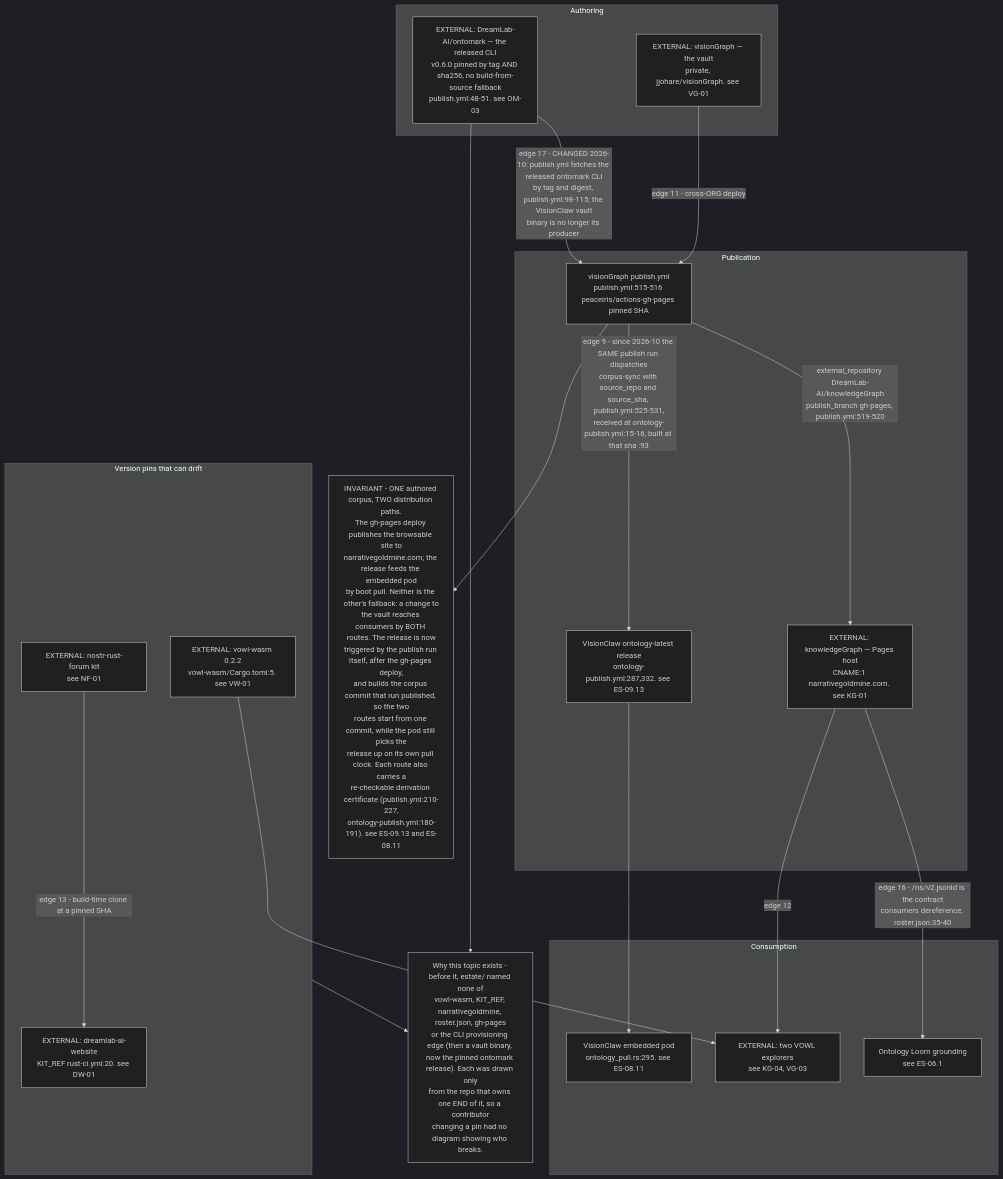
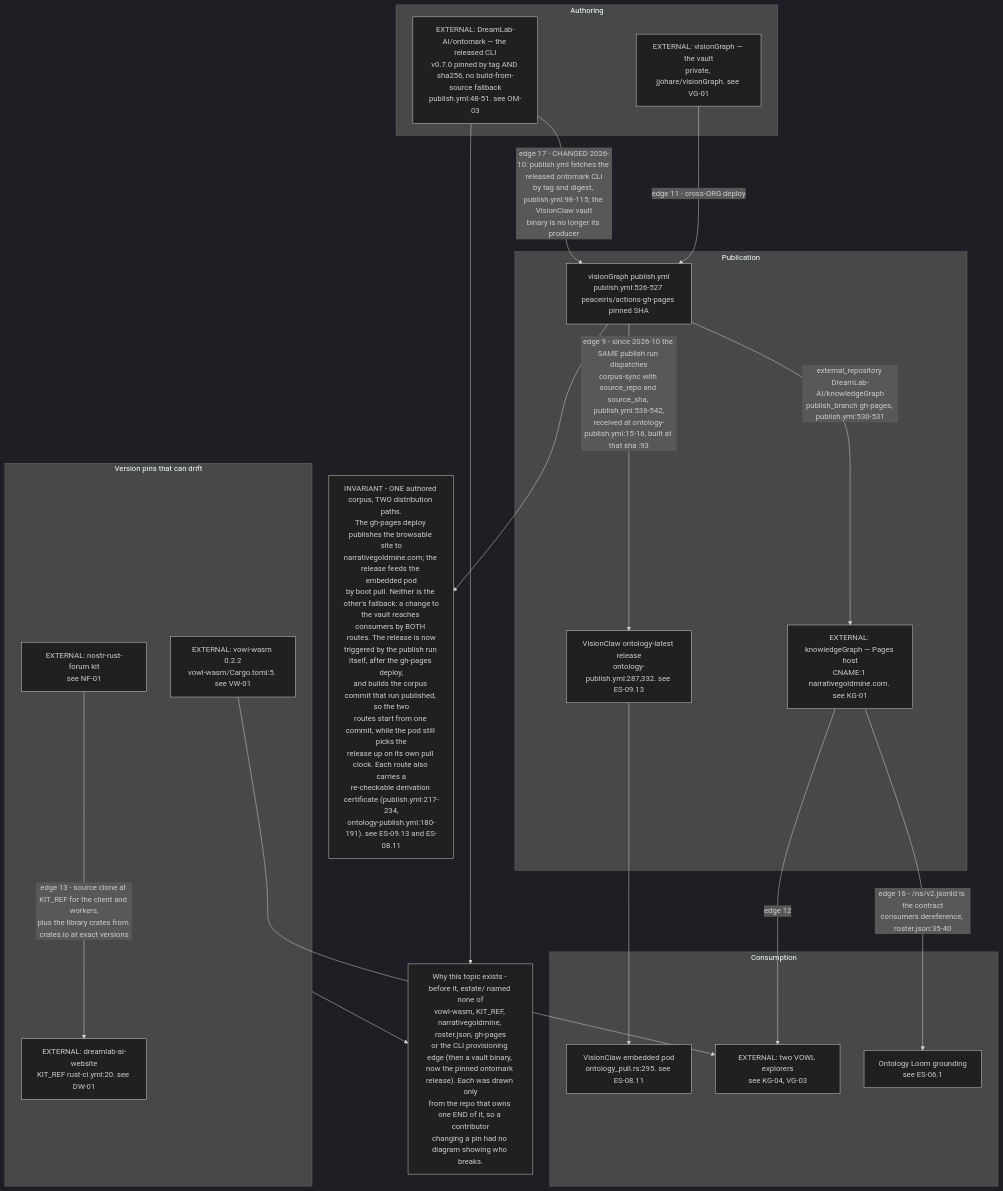
Before and after one commit to DreamLab-AI/VisionFlow: the first of 5 diagrams in docs/diagrams/estate/11-publishing-axis.md, drawn with Mermaid (dark theme). The commit also changed other lines of this file and 91 other files, not shown here.

First line of the commit message:
docs(audit): estate audit wave 2, every repository except agentbox and VisionClaw

````diff
--- a/docs/diagrams/estate/11-publishing-axis.md
+++ b/docs/diagrams/estate/11-publishing-axis.md
@@ -27,39 +29,39 @@
 ```mermaid
 flowchart TB
     subgraph AUTHOR["Authoring"]
         VG["EXTERNAL: visionGraph — the vault<br/>private, jjohare/visionGraph. see VG-01"]
-        OM["EXTERNAL: DreamLab-AI/ontomark — the released CLI<br/>v0.6.0 pinned by tag AND sha256, no build-from-source fallback<br/>publish.yml:48-51. see OM-03"]
+        OM["EXTERNAL: DreamLab-AI/ontomark — the released CLI<br/>v0.7.0 pinned by tag AND sha256, no build-from-source fallback<br/>publish.yml:48-51. see OM-03"]
     end
     subgraph PUB["Publication"]
-        PUBYML["visionGraph publish.yml<br/>publish.yml:515-516 peaceiris/actions-gh-pages pinned SHA"]
+        PUBYML["visionGraph publish.yml<br/>publish.yml:526-527 peaceiris/actions-gh-pages pinned SHA"]
         KG["EXTERNAL: knowledgeGraph — Pages host<br/>CNAME:1 narrativegoldmine.com. see KG-01"]
         REL["VisionClaw ontology-latest release<br/>ontology-publish.yml:287,332. see ES-09.13"]
     end
     subgraph CONSUME["Consumption"]
         POD["VisionClaw embedded pod<br/>ontology_pull.rs:295. see ES-08.11"]
         EXPL["EXTERNAL: two VOWL explorers<br/>see KG-04, VG-03"]
         LOOM["Ontology Loom grounding<br/>see ES-06.1"]
     end
     subgraph PINS["Version pins that can drift"]
         VW["EXTERNAL: vowl-wasm 0.2.2<br/>vowl-wasm/Cargo.toml:5. see VW-01"]
         NF["EXTERNAL: nostr-rust-forum kit<br/>see NF-01"]
         DW["EXTERNAL: dreamlab-ai-website<br/>KIT_REF rust-ci.yml:20. see DW-01"]
     end
 
     OM -->|"edge 17 - CHANGED 2026-10: publish.yml fetches the released ontomark CLI<br/>by tag and digest, publish.yml:98-115; the VisionClaw vault<br/>binary is no longer its producer"| PUBYML
     VG -->|"edge 11 - cross-ORG deploy"| PUBYML
-    PUBYML -->|"external_repository DreamLab-AI/knowledgeGraph<br/>publish_branch gh-pages, publish.yml:519-520"| KG
-    PUBYML -->|"edge 9 - since 2026-10 the SAME publish run dispatches<br/>corpus-sync with source_repo and source_sha, publish.yml:525-531,<br/>received at ontology-publish.yml:15-16, built at that sha :93"| REL
+    PUBYML -->|"external_repository DreamLab-AI/knowledgeGraph<br/>publish_branch gh-pages, publish.yml:530-531"| KG
+    PUBYML -->|"edge 9 - since 2026-10 the SAME publish run dispatches<br/>corpus-sync with source_repo and source_sha, publish.yml:536-542,<br/>received at ontology-publish.yml:15-16, built at that sha :93"| REL
     REL --> POD
     KG -->|"edge 16 - /ns/v2.jsonld is the contract<br/>consumers dereference, roster.json:35-40"| LOOM
     KG -->|"edge 12"| EXPL
     VW --> EXPL
-    NF -->|"edge 13 - build-time clone at a pinned SHA"| DW
+    NF -->|"edge 13 - source clone at KIT_REF for the client and workers,<br/>plus the library crates from crates.io at exact versions"| DW
 
-    INV["INVARIANT - ONE authored corpus, TWO distribution paths.<br/>The gh-pages deploy publishes the browsable site to<br/>narrativegoldmine.com; the release feeds the embedded pod<br/>by boot pull. Neither is the other's fallback: a change to<br/>the vault reaches consumers by BOTH routes. The release is now<br/>triggered by the publish run itself, after the gh-pages deploy,<br/>and builds the corpus commit that run published, so the two<br/>routes start from one commit, while the pod still picks the<br/>release up on its own pull clock. Each route also carries a<br/>re-checkable derivation certificate (publish.yml:210-227,<br/>ontology-publish.yml:180-191). see ES-09.13 and ES-08.11"]
+    INV["INVARIANT - ONE authored corpus, TWO distribution paths.<br/>The gh-pages deploy publishes the browsable site to<br/>narrativegoldmine.com; the release feeds the embedded pod<br/>by boot pull. Neither is the other's fallback: a change to<br/>the vault reaches consumers by BOTH routes. The release is now<br/>triggered by the publish run itself, after the gh-pages deploy,<br/>and builds the corpus commit that run published, so the two<br/>routes start from one commit, while the pod still picks the<br/>release up on its own pull clock. Each route also carries a<br/>re-checkable derivation certificate (publish.yml:217-234,<br/>ontology-publish.yml:180-191). see ES-09.13 and ES-08.11"]
     GAP["Why this topic exists - before it, estate/ named none of<br/>vowl-wasm, KIT_REF, narrativegoldmine, roster.json, gh-pages<br/>or the CLI provisioning edge (then a vault binary, now the pinned ontomark release). Each was drawn only<br/>from the repo that owns one END of it, so a contributor<br/>changing a pin had no diagram showing who breaks."]
 
     PUBYML --> INV
     PINS --> GAP
     OM --> GAP
 ```
````
